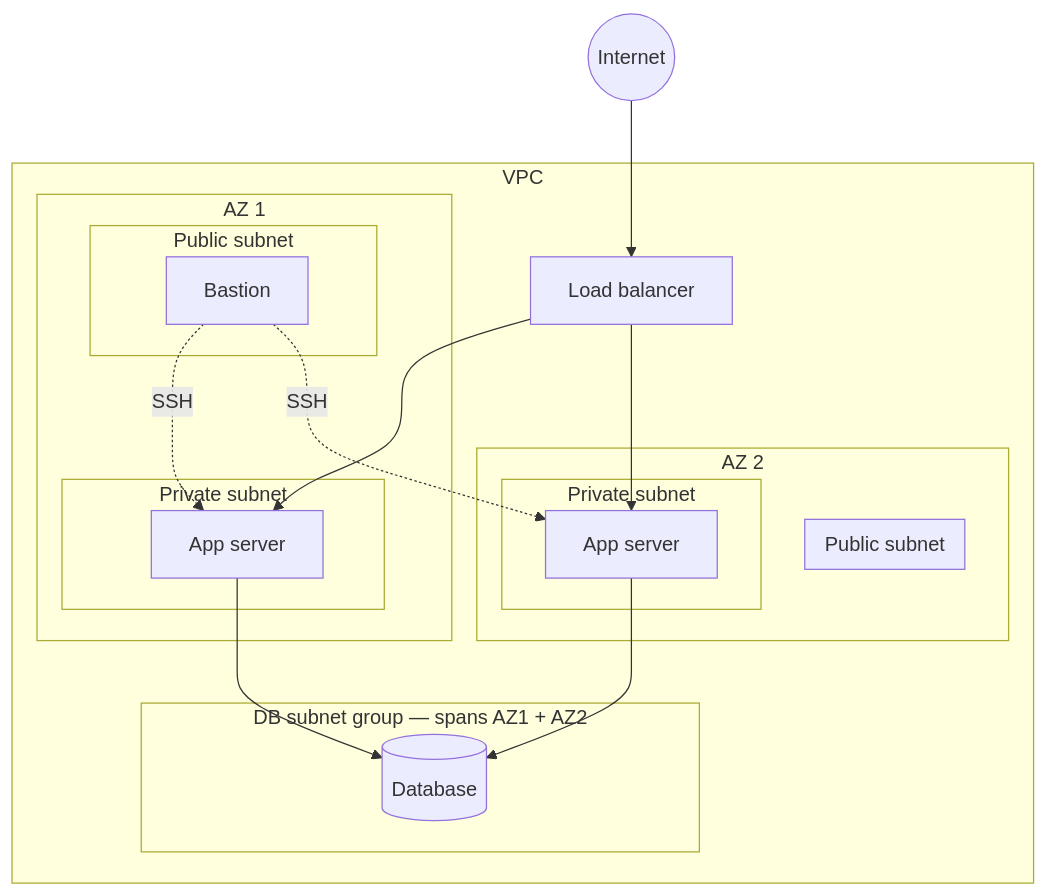
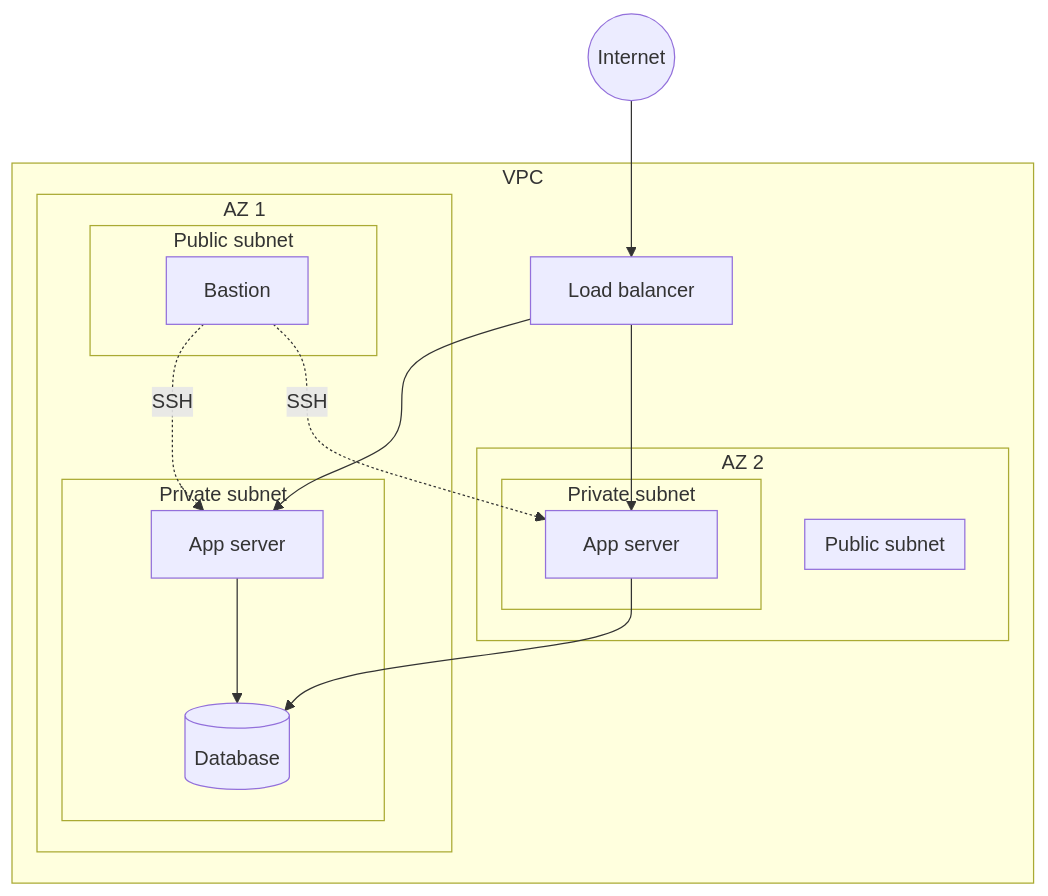
Before and after one commit to Duna-Devo/Cloud-devops-portfolio: the second of 2 diagrams in README.md, drawn with Mermaid.

Commit message:
Fix Stage 1 diagram

````diff
--- a/README.md
+++ b/README.md
@@ -52,31 +52,29 @@
 ```mermaid
 flowchart TB
     Internet((Internet)) --> LB[Load balancer]
     subgraph VPC
         LB
         subgraph AZ1["AZ 1"]
             subgraph Pub1["Public subnet"]
                 Bastion[Bastion]
             end
             subgraph Priv1["Private subnet"]
                 App1[App server]
+                DB[(Database)]
             end
         end
         subgraph AZ2["AZ 2"]
             subgraph Pub2["Public subnet"]
             end
             subgraph Priv2["Private subnet"]
                 App2[App server]
             end
         end
-        subgraph DBSubnet["DB subnet group — spans AZ1 + AZ2"]
-            DB[(Database)]
-        end
     end
     LB --> App1
     LB --> App2
     Bastion -.SSH.-> App1
     Bastion -.SSH.-> App2
     App1 --> DB
     App2 --> DB
 ```
````
